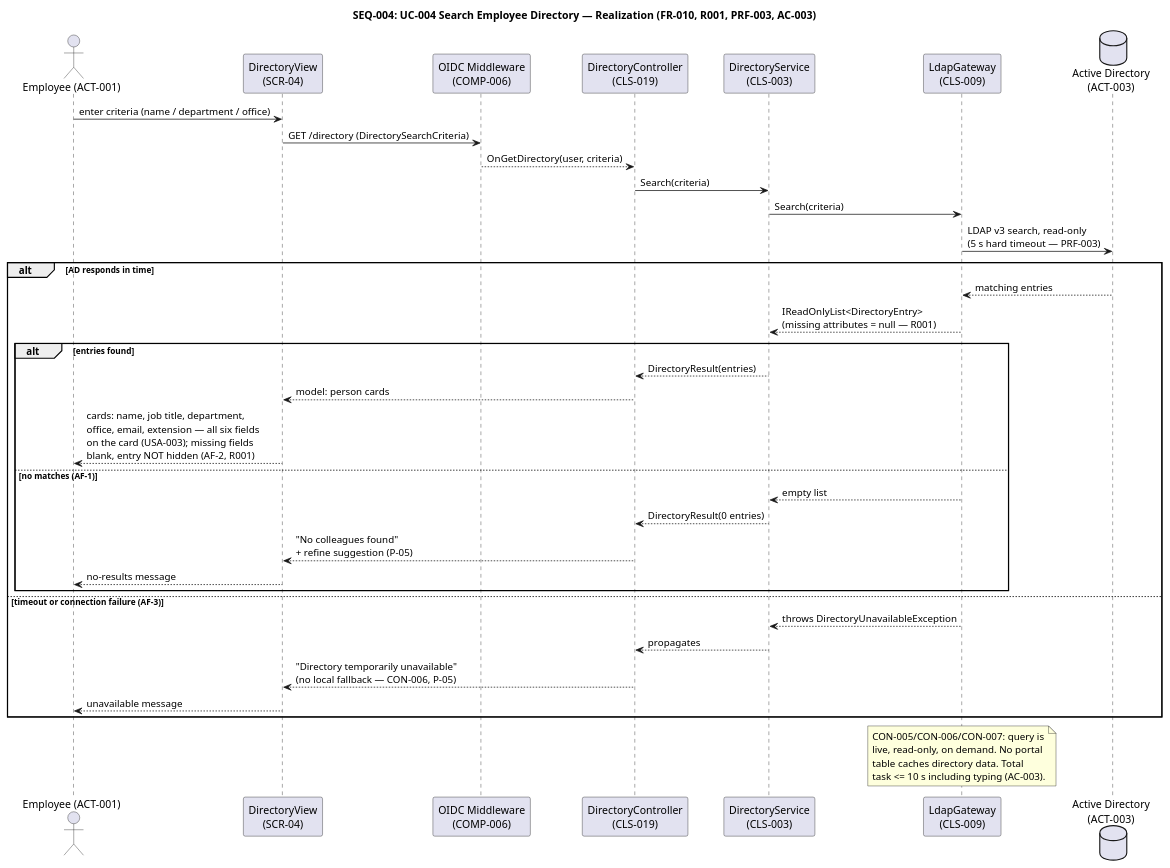
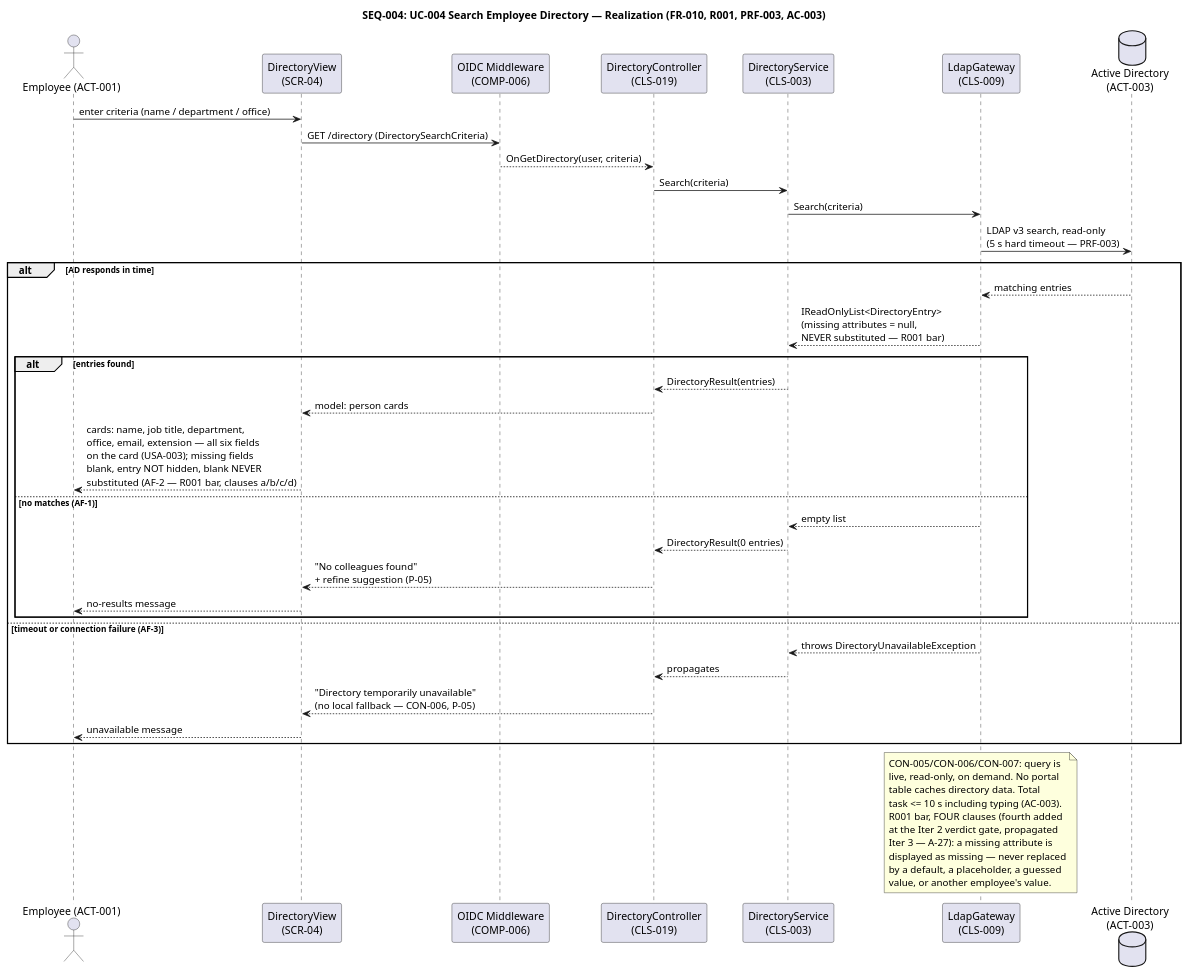
One commit to banense-test/employee-portal changed the sixth of 26 diagrams in docs/artifacts/analysis---design/design-model.md. Above: the diagram before and after it, drawn with PlantUML. The commit also changed other lines of this file, not shown here.

````diff
--- a/docs/artifacts/analysis---design/design-model.md
+++ b/docs/artifacts/analysis---design/design-model.md
@@ -491,45 +493,51 @@
 ```plantuml
 @startuml
 title SEQ-004: UC-004 Search Employee Directory — Realization (FR-010, R001, PRF-003, AC-003)
 
 actor "Employee (ACT-001)" as EMP
 participant "DirectoryView\n(SCR-04)" as VIEW
 participant "OIDC Middleware\n(COMP-006)" as MW
 participant "DirectoryController\n(CLS-019)" as CTL
 participant "DirectoryService\n(CLS-003)" as DIR
 participant "LdapGateway\n(CLS-009)" as LDAP
 database "Active Directory\n(ACT-003)" as AD
 
 EMP -> VIEW : enter criteria (name / department / office)
 VIEW -> MW : GET /directory (DirectorySearchCriteria)
 MW --> CTL : OnGetDirectory(user, criteria)
 CTL -> DIR : Search(criteria)
 DIR -> LDAP : Search(criteria)
 LDAP -> AD : LDAP v3 search, read-only\n(5 s hard timeout — PRF-003)
 alt AD responds in time
   AD --> LDAP : matching entries
-  LDAP --> DIR : IReadOnlyList<DirectoryEntry>\n(missing attributes = null — R001)
+  LDAP --> DIR : IReadOnlyList<DirectoryEntry>\n(missing attributes = null,\nNEVER substituted — R001 bar)
   alt entries found
     DIR --> CTL : DirectoryResult(entries)
     CTL --> VIEW : model: person cards
-    VIEW --> EMP : cards: name, job title, department,\noffice, email, extension — all six fields\non the card (USA-003); missing fields\nblank, entry NOT hidden (AF-2, R001)
+    VIEW --> EMP : cards: name, job title, department,\noffice, email, extension — all six fields\non the card (USA-003); missing fields\nblank, entry NOT hidden, blank NEVER\nsubstituted (AF-2 — R001 bar, clauses a/b/c/d)
   else no matches (AF-1)
     LDAP --> DIR : empty list
     DIR --> CTL : DirectoryResult(0 entries)
     CTL --> VIEW : "No colleagues found"\n+ refine suggestion (P-05)
     VIEW --> EMP : no-results message
   end
 else timeout or connection failure (AF-3)
   LDAP --> DIR : throws DirectoryUnavailableException
   DIR --> CTL : propagates
   CTL --> VIEW : "Directory temporarily unavailable"\n(no local fallback — CON-006, P-05)
   VIEW --> EMP : unavailable message
 end
 note over LDAP
   CON-005/CON-006/CON-007: query is
   live, read-only, on demand. No portal
   table caches directory data. Total
   task <= 10 s including typing (AC-003).
+  R001 bar, FOUR clauses (fourth added
+  at the Iter 2 verdict gate, propagated
+  Iter 3 — A-27): a missing attribute is
+  displayed as missing — never replaced
+  by a default, a placeholder, a guessed
+  value, or another employee's value.
 end note
 @enduml
 ```
````
